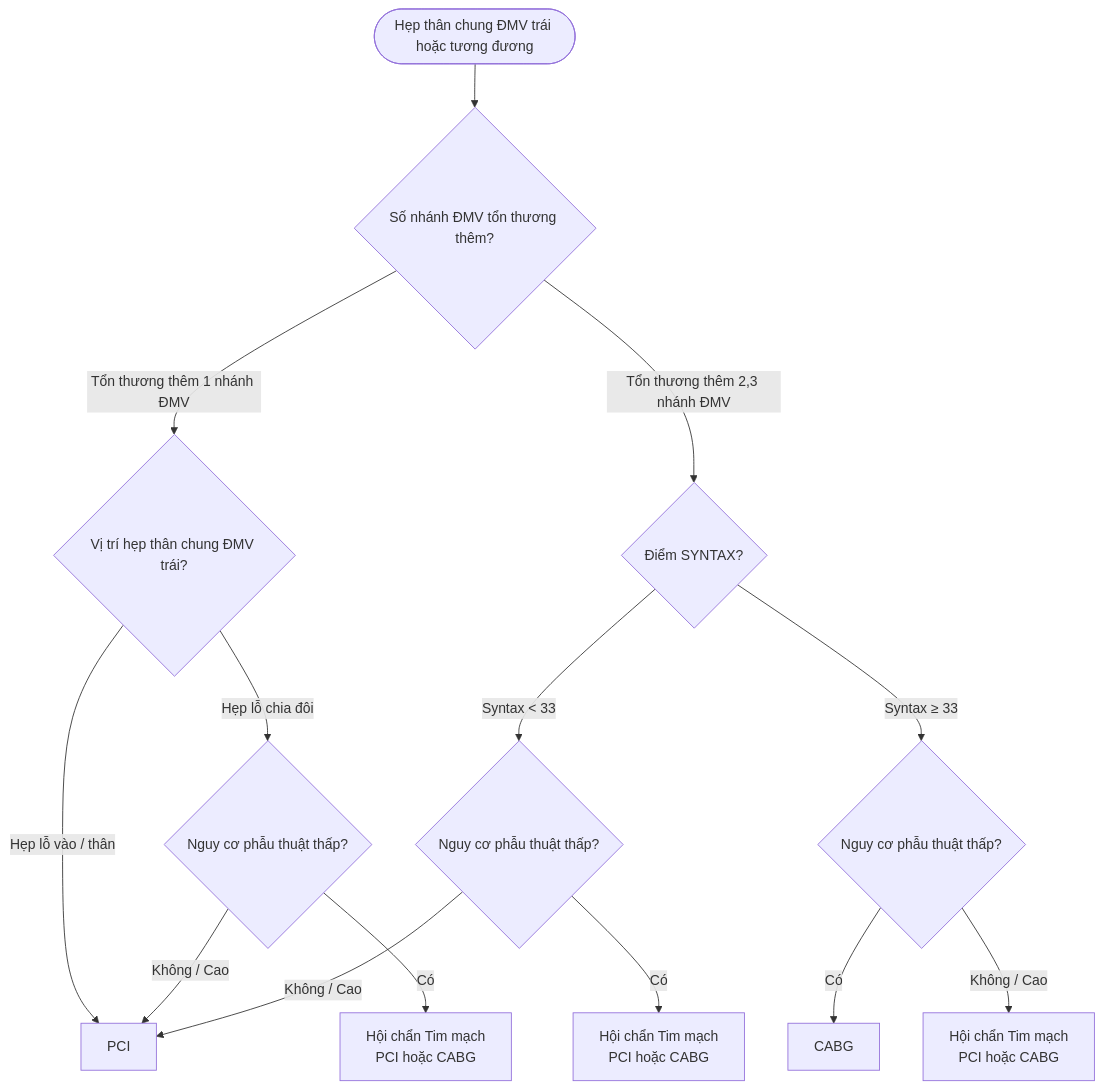
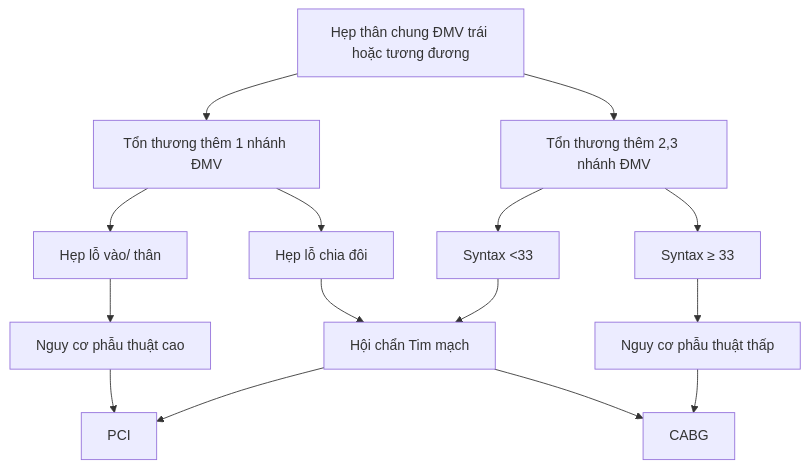
Before and after one commit to MedPassVN/vn-medical-reference-library: the fifth of 5 diagrams in markdown_docs/REF_MOH_2023_QD2248.md, drawn with Mermaid. The commit also changed other lines of this file, not shown here.

````diff
--- a/markdown_docs/REF_MOH_2023_QD2248.md
+++ b/markdown_docs/REF_MOH_2023_QD2248.md
@@ -736,19 +712,17 @@
 ```mermaid
 flowchart TD
-    Start([Hẹp thân chung ĐMV trái hoặc tương đương]) --> Q1{Số nhánh ĐMV tổn thương thêm?}
-    
-    Q1 -- "Tổn thương thêm 1 nhánh ĐMV" --> Q2{Vị trí hẹp thân chung ĐMV trái?}
-    Q2 -- "Hẹp lỗ vào / thân" --> PCI[PCI]
-    Q2 -- "Hẹp lỗ chia đôi" --> Q3{Nguy cơ phẫu thuật thấp?}
-    Q3 -- Có --> HeartTeam1[Hội chẩn Tim mạch<br>PCI hoặc CABG]
-    Q3 -- Không / Cao --> PCI
-    
-    Q1 -- "Tổn thương thêm 2,3 nhánh ĐMV" --> Q4{Điểm SYNTAX?}
-    Q4 -- "Syntax < 33" --> Q5{Nguy cơ phẫu thuật thấp?}
-    Q5 -- Có --> HeartTeam2[Hội chẩn Tim mạch<br>PCI hoặc CABG]
-    Q5 -- Không / Cao --> PCI
-    
-    Q4 -- "Syntax ≥ 33" --> Q6{Nguy cơ phẫu thuật thấp?}
-    Q6 -- Có --> CABG[CABG]
-    Q6 -- Không / Cao --> HeartTeam3[Hội chẩn Tim mạch<br>PCI hoặc CABG]
+    A1["Hẹp thân chung ĐMV trái hoặc tương đương"] --> B1["Tổn thương thêm 1 nhánh ĐMV"]
+    A1 --> B2["Tổn thương thêm 2,3 nhánh ĐMV"]
+    B1 --> C1["Hẹp lỗ vào/ thân"]
+    B1 --> C2["Hẹp lỗ chia đôi"]
+    B2 --> C3["Syntax <33"]
+    B2 --> C4["Syntax ≥ 33"]
+    C1 --> N1["Nguy cơ phẫu thuật cao"]
+    C2 --> H1["Hội chẩn Tim mạch"]
+    C3 --> H1
+    C4 --> N2["Nguy cơ phẫu thuật thấp"]
+    N1 --> P1["PCI"]
+    N2 --> P2["CABG"]
+    H1 --> P1
+    H1 --> P2
 ```
````
